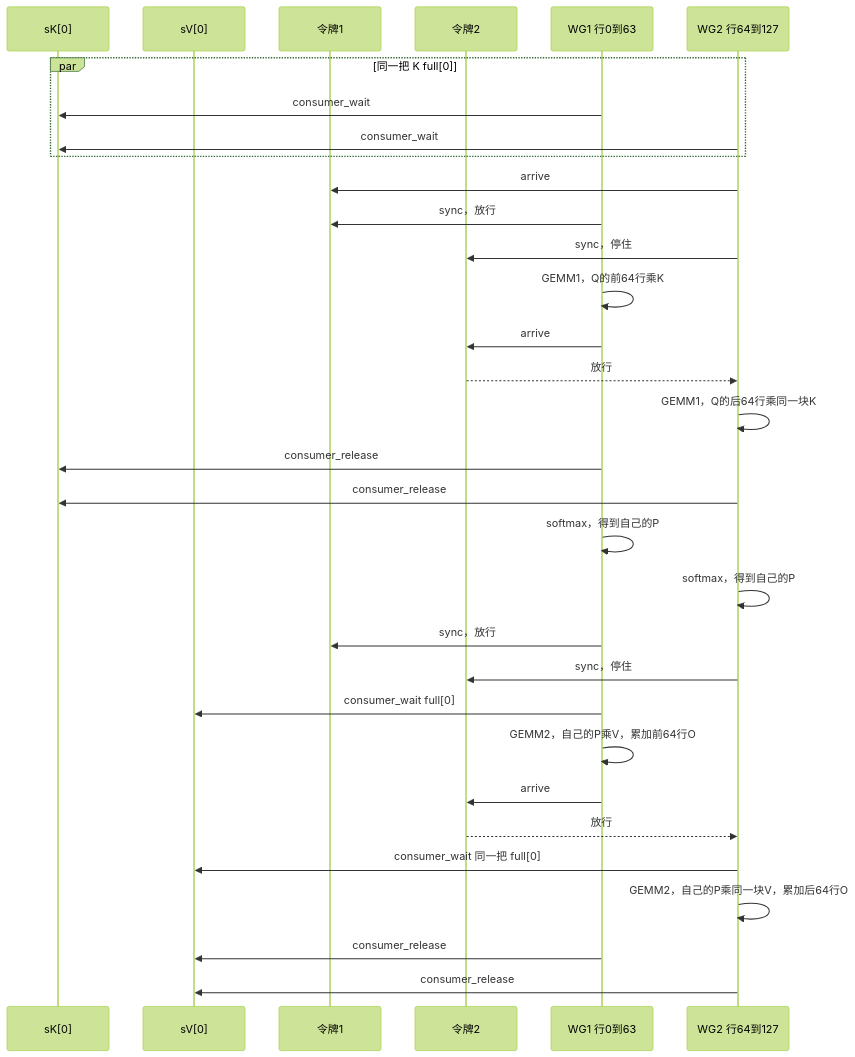
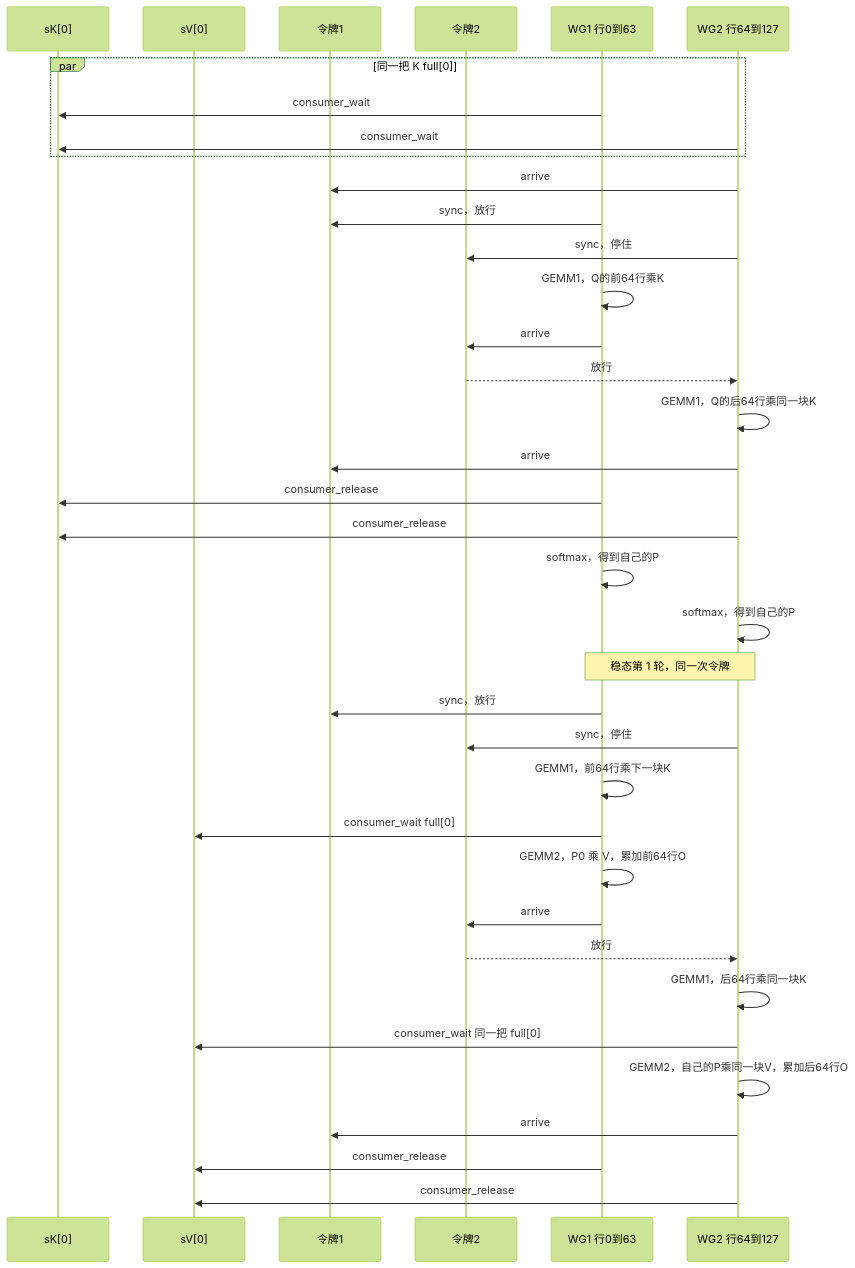
The third of 3 diagrams in 08_flash_attention/README.md (xdlhzdh/CuEpilogue), drawn with Mermaid (forest theme) before and after one commit. The commit also changed other lines of this file, not shown here.

Commit message:
Correct the ping-pong diagram so each turn's arrive matches the code.
WG2 must arrive on token 1 after issuing its GEMMs, and the first steady turn issues GEMM1 and GEMM2 before handing the token over.

````diff
--- a/08_flash_attention/README.md
+++ b/08_flash_attention/README.md
@@ -375,36 +375,42 @@
 ```mermaid
 sequenceDiagram
   participant K as sK[0]
   participant V as sV[0]
   participant B1 as 令牌1
   participant B2 as 令牌2
   participant WG1 as WG1 行0到63
   participant WG2 as WG2 行64到127
 
   par 同一把 K full[0]
     WG1->>K: consumer_wait
     WG2->>K: consumer_wait
   end
   WG2->>B1: arrive
   WG1->>B1: sync，放行
   WG2->>B2: sync，停住
   WG1->>WG1: GEMM1，Q的前64行乘K
   WG1->>B2: arrive
   B2-->>WG2: 放行
   WG2->>WG2: GEMM1，Q的后64行乘同一块K
+  WG2->>B1: arrive
   WG1->>K: consumer_release
   WG2->>K: consumer_release
   WG1->>WG1: softmax，得到自己的P
   WG2->>WG2: softmax，得到自己的P
 
+  Note over WG1,WG2: 稳态第 1 轮，同一次令牌
+
   WG1->>B1: sync，放行
   WG2->>B2: sync，停住
+  WG1->>WG1: GEMM1，前64行乘下一块K
   WG1->>V: consumer_wait full[0]
-  WG1->>WG1: GEMM2，自己的P乘V，累加前64行O
+  WG1->>WG1: GEMM2，P0 乘 V，累加前64行O
   WG1->>B2: arrive
   B2-->>WG2: 放行
+  WG2->>WG2: GEMM1，后64行乘同一块K
   WG2->>V: consumer_wait 同一把 full[0]
   WG2->>WG2: GEMM2，自己的P乘同一块V，累加后64行O
+  WG2->>B1: arrive
   WG1->>V: consumer_release
   WG2->>V: consumer_release
 ```
````
